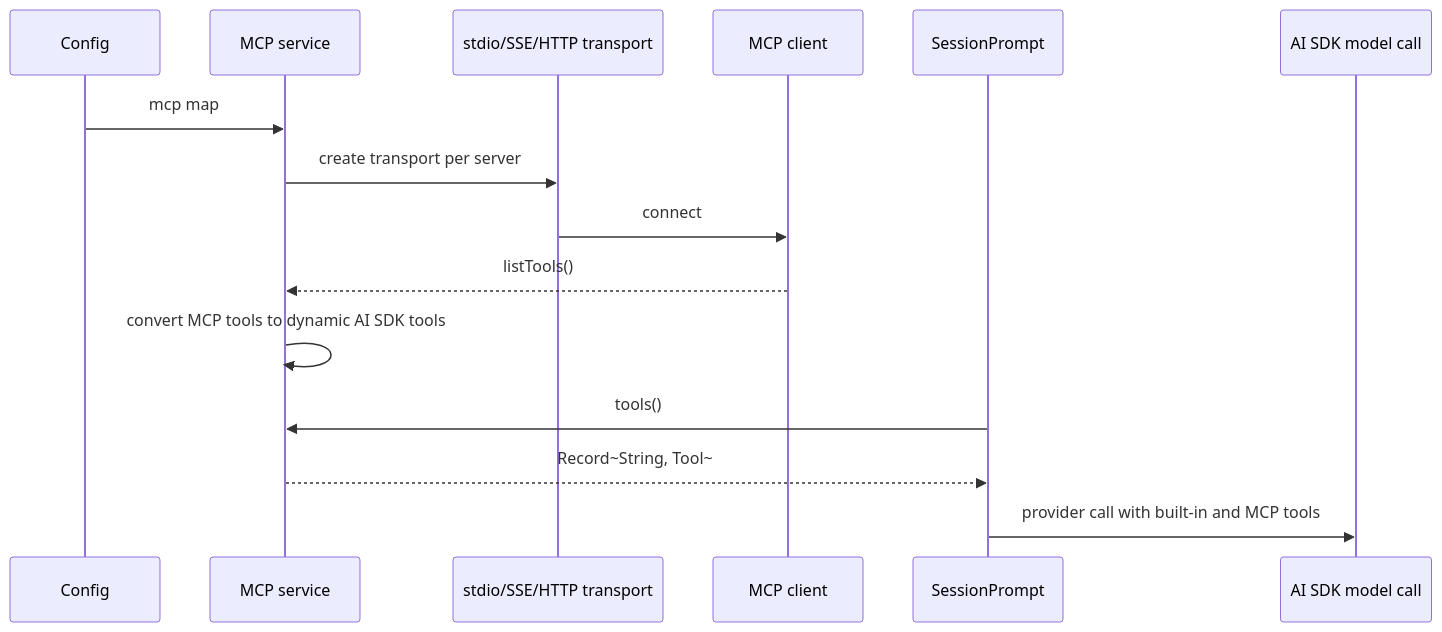
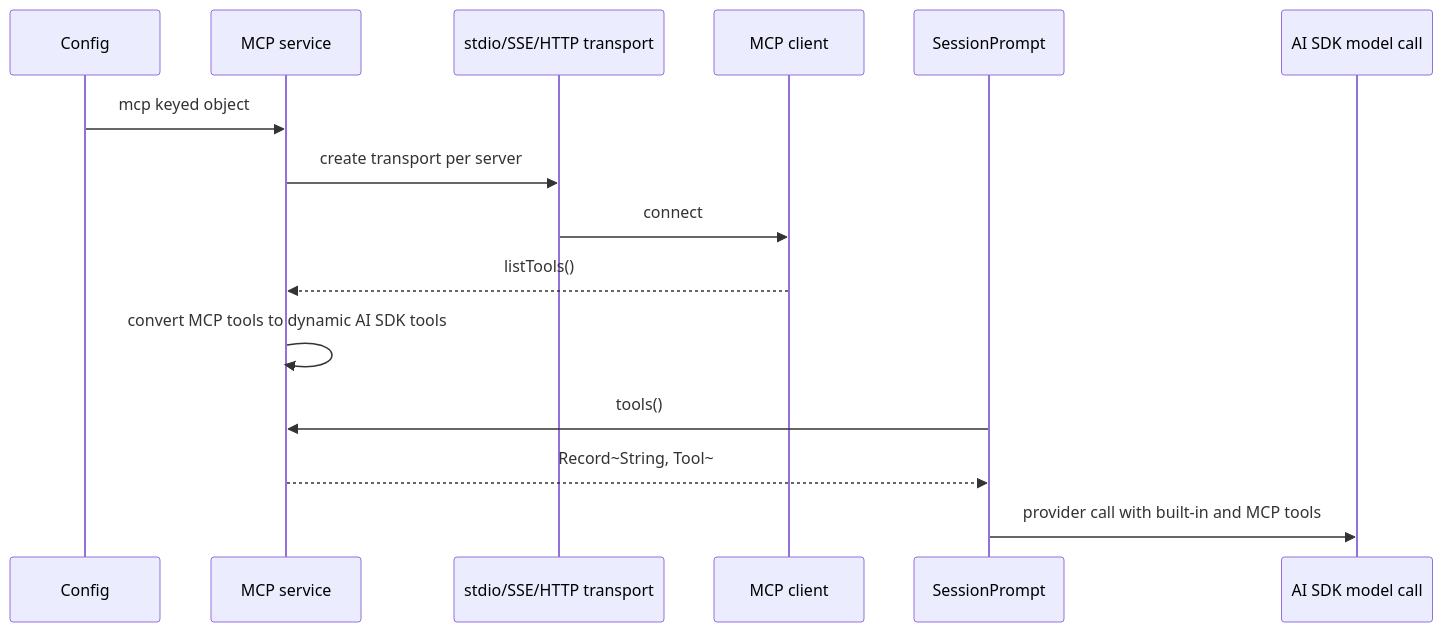
Before and after one commit to codegeist-ai/codegeist: the ninth of 11 diagrams in docs/tasks/T007_build-codegeist-runtime-harness/opencode-workflow-analysis.md, drawn with Mermaid. The commit also changed 46 other files, not shown here.

First line of the commit message:
feat(config): add workspace resolution and keyed roots

````diff
--- a/docs/tasks/T007_build-codegeist-runtime-harness/opencode-workflow-analysis.md
+++ b/docs/tasks/T007_build-codegeist-runtime-harness/opencode-workflow-analysis.md
@@ -631,18 +631,18 @@
 ```mermaid
 sequenceDiagram
     participant Config
     participant MCP as MCP service
     participant Transport as stdio/SSE/HTTP transport
     participant Client as MCP client
     participant Prompt as SessionPrompt
     participant Model as AI SDK model call
 
-    Config->>MCP: mcp map
+    Config->>MCP: mcp keyed object
     MCP->>Transport: create transport per server
     Transport->>Client: connect
     Client-->>MCP: listTools()
     MCP->>MCP: convert MCP tools to dynamic AI SDK tools
     Prompt->>MCP: tools()
     MCP-->>Prompt: Record~String, Tool~
     Prompt->>Model: provider call with built-in and MCP tools
 ```
````
